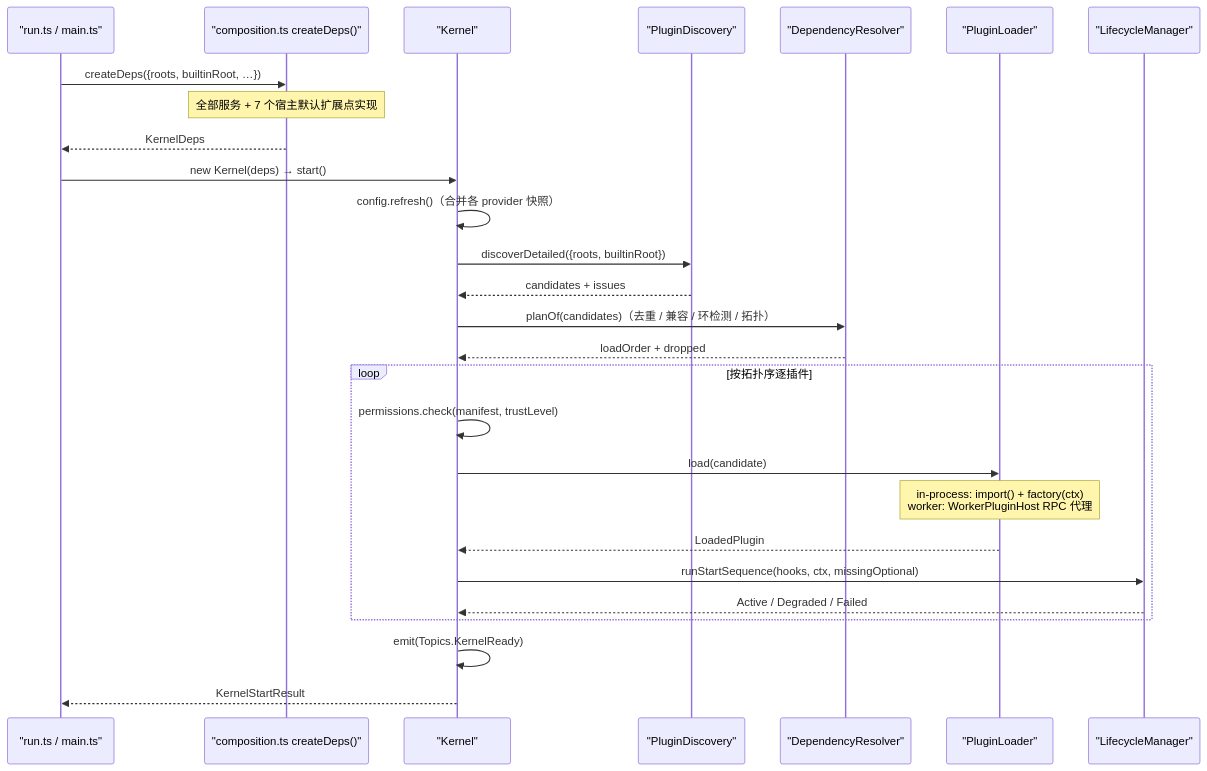
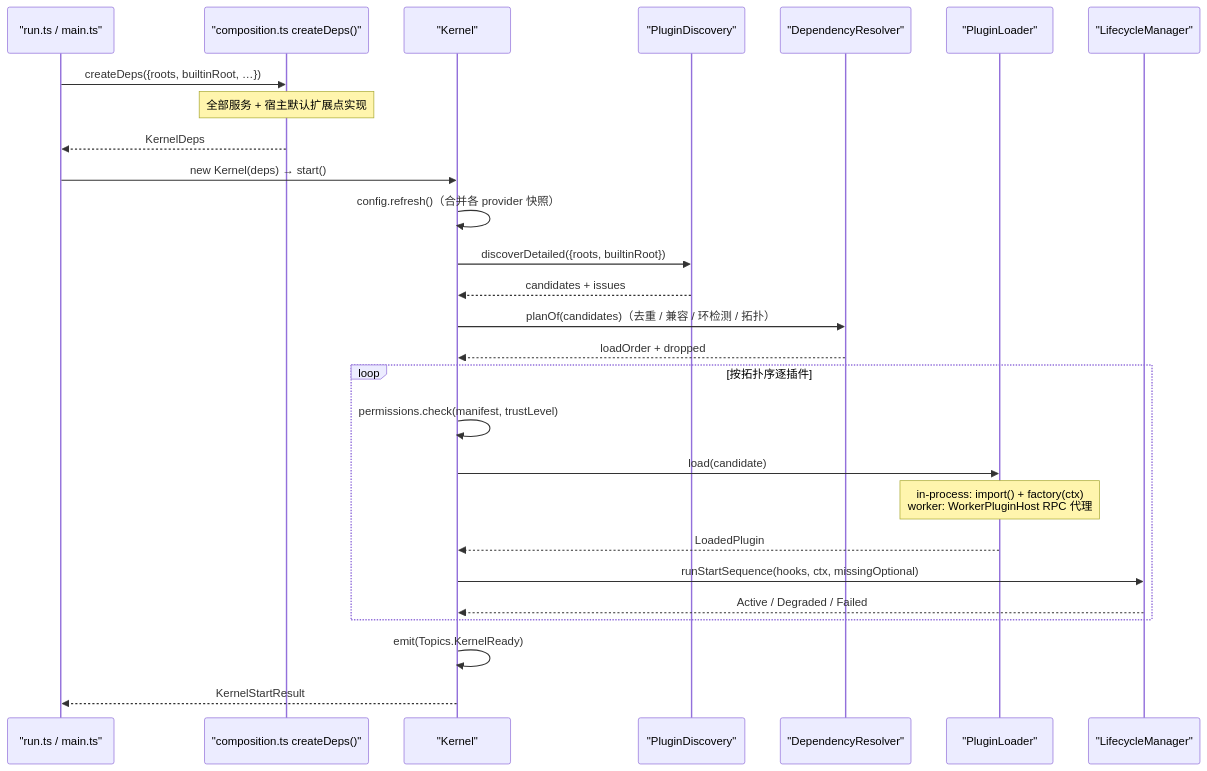
One commit to kino14910/REM2 changed the third of 5 diagrams in docs/01-architecture-overview.md. Above: the diagram before and after it, drawn with Mermaid. The commit also changed other lines of this file and 13 other files, not shown here.

````diff
--- a/docs/01-architecture-overview.md
+++ b/docs/01-architecture-overview.md
@@ -363,30 +364,30 @@
 ```mermaid
 sequenceDiagram
     participant Host as "run.ts / main.ts"
     participant Deps as "composition.ts createDeps()"
     participant K as "Kernel"
     participant Disc as "PluginDiscovery"
     participant Res as "DependencyResolver"
     participant Loader as "PluginLoader"
     participant LC as "LifecycleManager"
 
     Host->>Deps: createDeps({roots, builtinRoot, …})
-    Note over Deps: 全部服务 + 7 个宿主默认扩展点实现
+    Note over Deps: 全部服务 + 宿主默认扩展点实现
     Deps-->>Host: KernelDeps
     Host->>K: new Kernel(deps) → start()
     K->>K: config.refresh()（合并各 provider 快照）
     K->>Disc: discoverDetailed({roots, builtinRoot})
     Disc-->>K: candidates + issues
     K->>Res: planOf(candidates)（去重 / 兼容 / 环检测 / 拓扑）
     Res-->>K: loadOrder + dropped
     loop 按拓扑序逐插件
         K->>K: permissions.check(manifest, trustLevel)
         K->>Loader: load(candidate)
         Note over Loader: in-process: import() + factory(ctx)<br/>worker: WorkerPluginHost RPC 代理
         Loader-->>K: LoadedPlugin
         K->>LC: runStartSequence(hooks, ctx, missingOptional)
         LC-->>K: Active / Degraded / Failed
     end
     K->>K: emit(Topics.KernelReady)
     K-->>Host: KernelStartResult
 ```
````
